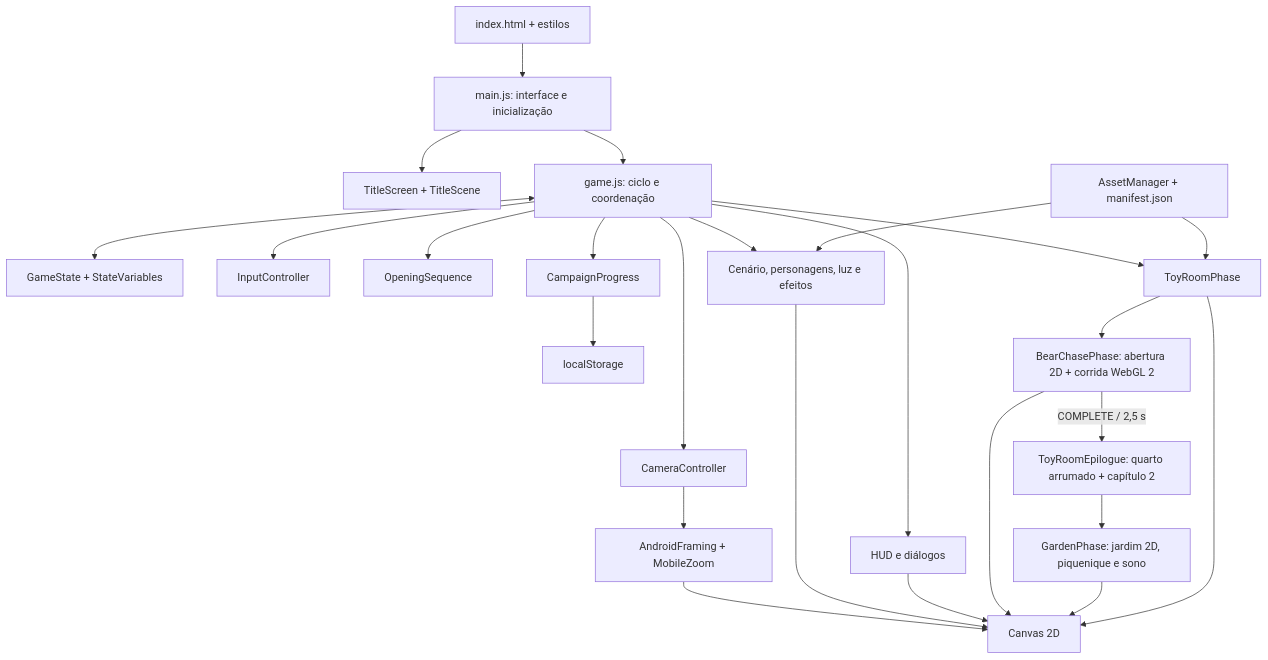
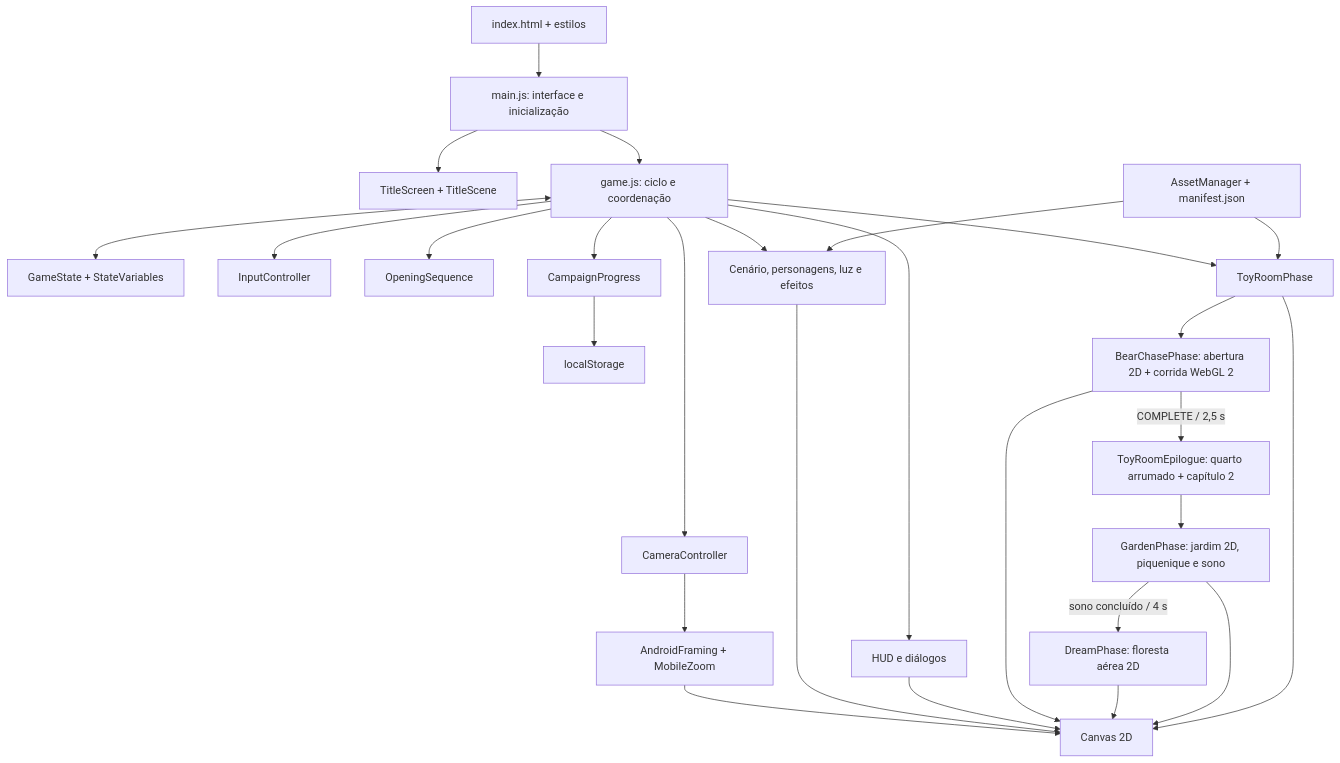
Before and after one commit to luciussama/legendGirl: the diagram in README.md, drawn with Mermaid. The commit also changed other lines of this file and 63 other files, not shown here.

````diff
--- a/README.md
+++ b/README.md
@@ -92,27 +94,29 @@
 ```mermaid
 flowchart TD
     HTML["index.html + estilos"] --> Main["main.js: interface e inicialização"]
     Main --> Title["TitleScreen + TitleScene"]
     Main --> Game["game.js: ciclo e coordenação"]
     Game <--> State["GameState + StateVariables"]
     Game --> Input["InputController"]
     Game --> Camera["CameraController"]
     Game --> Opening["OpeningSequence"]
     Game --> Render["Cenário, personagens, luz e efeitos"]
     Game --> UI["HUD e diálogos"]
     Game --> Toy["ToyRoomPhase"]
     Game --> Progress["CampaignProgress"]
     Progress --> Storage["localStorage"]
     Assets["AssetManager + manifest.json"] --> Render
     Assets --> Toy
     Camera --> Presentation["AndroidFraming + MobileZoom"]
     Presentation --> Canvas["Canvas 2D"]
     Render --> Canvas
     UI --> Canvas
     Toy --> Chase["BearChasePhase: abertura 2D + corrida WebGL 2"]
     Chase --> Canvas
     Chase -->|COMPLETE / 2,5 s| Epilogue["ToyRoomEpilogue: quarto arrumado + capítulo 2"]
     Epilogue --> Garden["GardenPhase: jardim 2D, piquenique e sono"]
+    Garden -->|sono concluído / 4 s| Dream["DreamPhase: floresta aérea 2D"]
+    Dream --> Canvas
     Garden --> Canvas
     Toy --> Canvas
 ```
````
